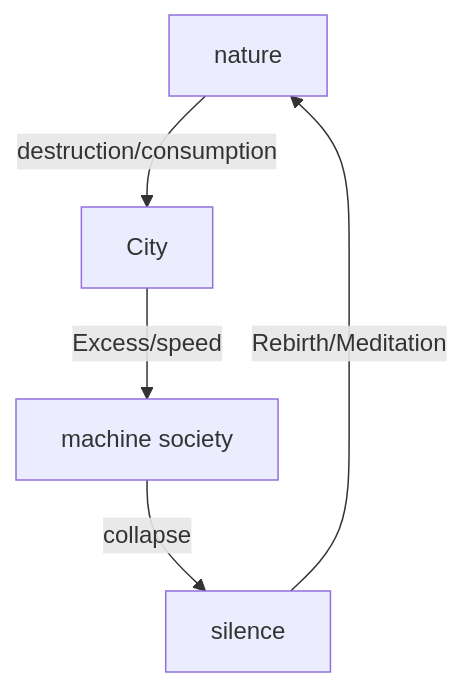
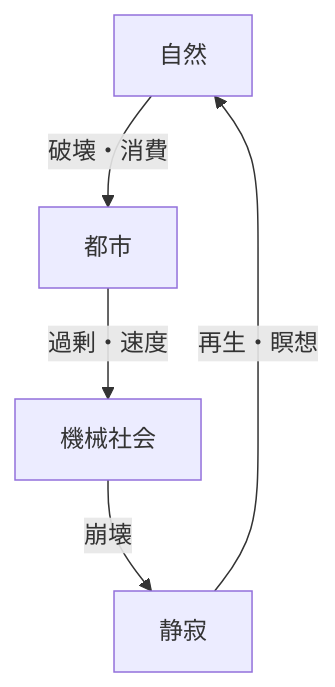
One commit to monumental-movement/monumental-movement.github.io changed the second of 2 diagrams in en/_posts/2025-11-13-column-koyaanisqatsi.md. Above: the diagram before and after it, drawn with Mermaid. The commit also changed other lines of this file and 775 other files, not shown here.

```diff
--- a/en/_posts/2025-11-13-column-koyaanisqatsi.md
+++ b/en/_posts/2025-11-13-column-koyaanisqatsi.md
@@ -148,9 +147,9 @@
 <div class="mermaid">
 
 graph TD
-A[nature] -->|destruction/consumption| B[City]
-B -->|Excess/speed| C[machine society]
-C -->|collapse| D[silence]
-D -->|Rebirth/Meditation| A
+A[自然] -->|破壊・消費| B[都市]
+B -->|過剰・速度| C[機械社会]
+C -->|崩壊| D[静寂]
+D -->|再生・瞑想| A
 
 </div>
```
